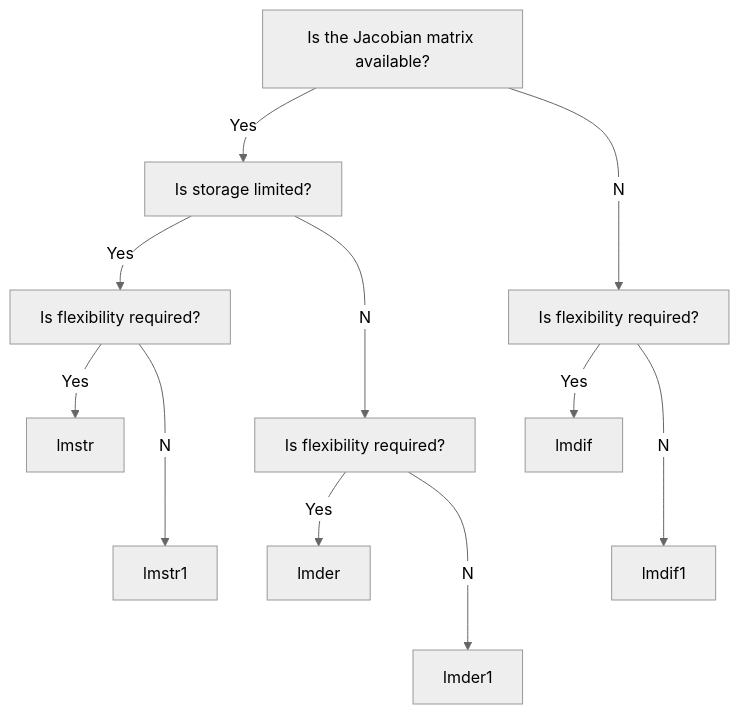
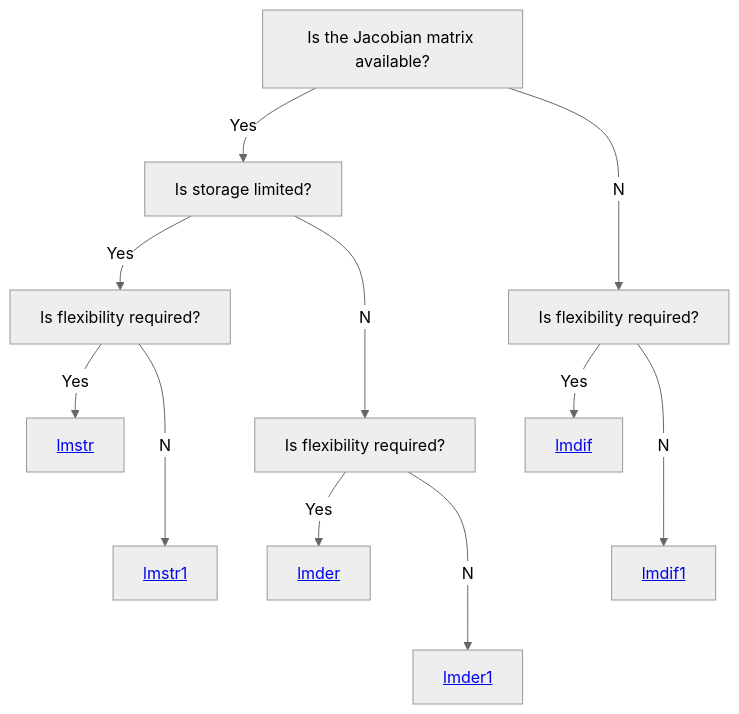
One commit to fortran-lang/minpack changed the second of 2 diagrams in README.md. Above: the diagram before and after it, drawn with Mermaid (neutral theme). The commit also changed other lines of this file, not shown here.

Commit message:
Add links to diagrams

````diff
--- a/README.md
+++ b/README.md
@@ -42,14 +42,14 @@
 ```mermaid
 flowchart TB
 	start[Is the Jacobian matrix available?]
 	start--Yes-->m1[Is storage limited?]
 	start--No-->m2[Is flexibility required?]
 	m1--Yes-->ml1[Is flexibility required?]
 	m1--No-->ml2[Is flexibility required?]
-	ml1--Yes-->b1[lmstr]
-	ml1--No-->b2[lmstr1]
-	ml2--Yes-->b3[lmder]
-	ml2--No-->b4[lmder1]
-	m2--Yes-->mr1[lmdif]
-	m2--No-->mr2[lmdif1]
+	ml1--Yes-->b1[<a href='https://fortran-lang.github.io/minpack/proc/lmstr.html'>lmstr</a/>]
+	ml1--No-->b2[<a href='https://fortran-lang.github.io/minpack/proc/lmstr1.html'>lmstr1</a/>]
+	ml2--Yes-->b3[<a href='https://fortran-lang.github.io/minpack/proc/lmder.html'>lmder</a/>]
+	ml2--No-->b4[<a href='https://fortran-lang.github.io/minpack/proc/lmder1.html'>lmder1</a/>]
+	m2--Yes-->mr1[<a href='https://fortran-lang.github.io/minpack/proc/lmdif.html'>lmdif</a/>]
+	m2--No-->mr2[<a href='https://fortran-lang.github.io/minpack/proc/lmdif1.html'>lmdif1</a/>]
 ```
````
